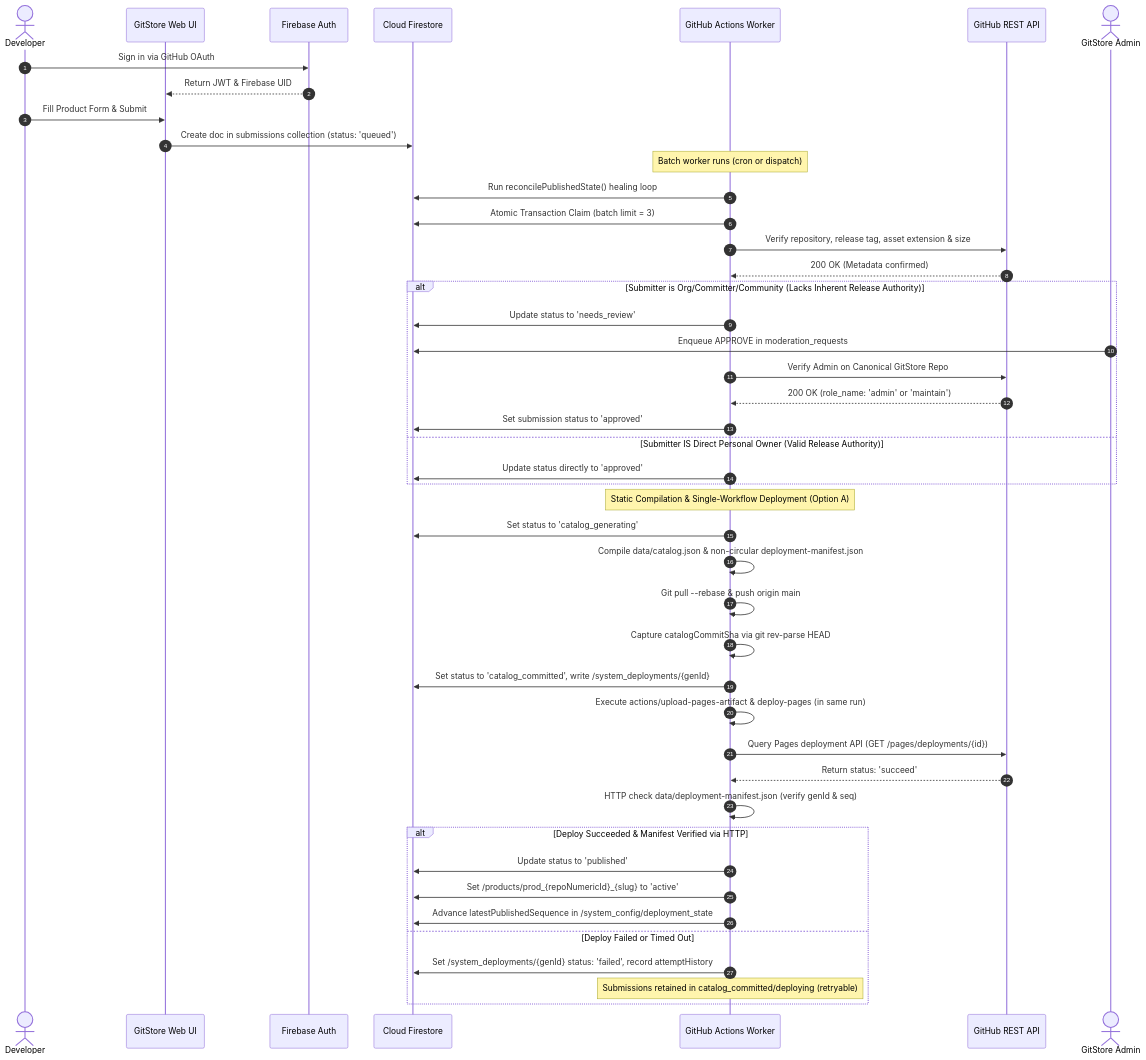
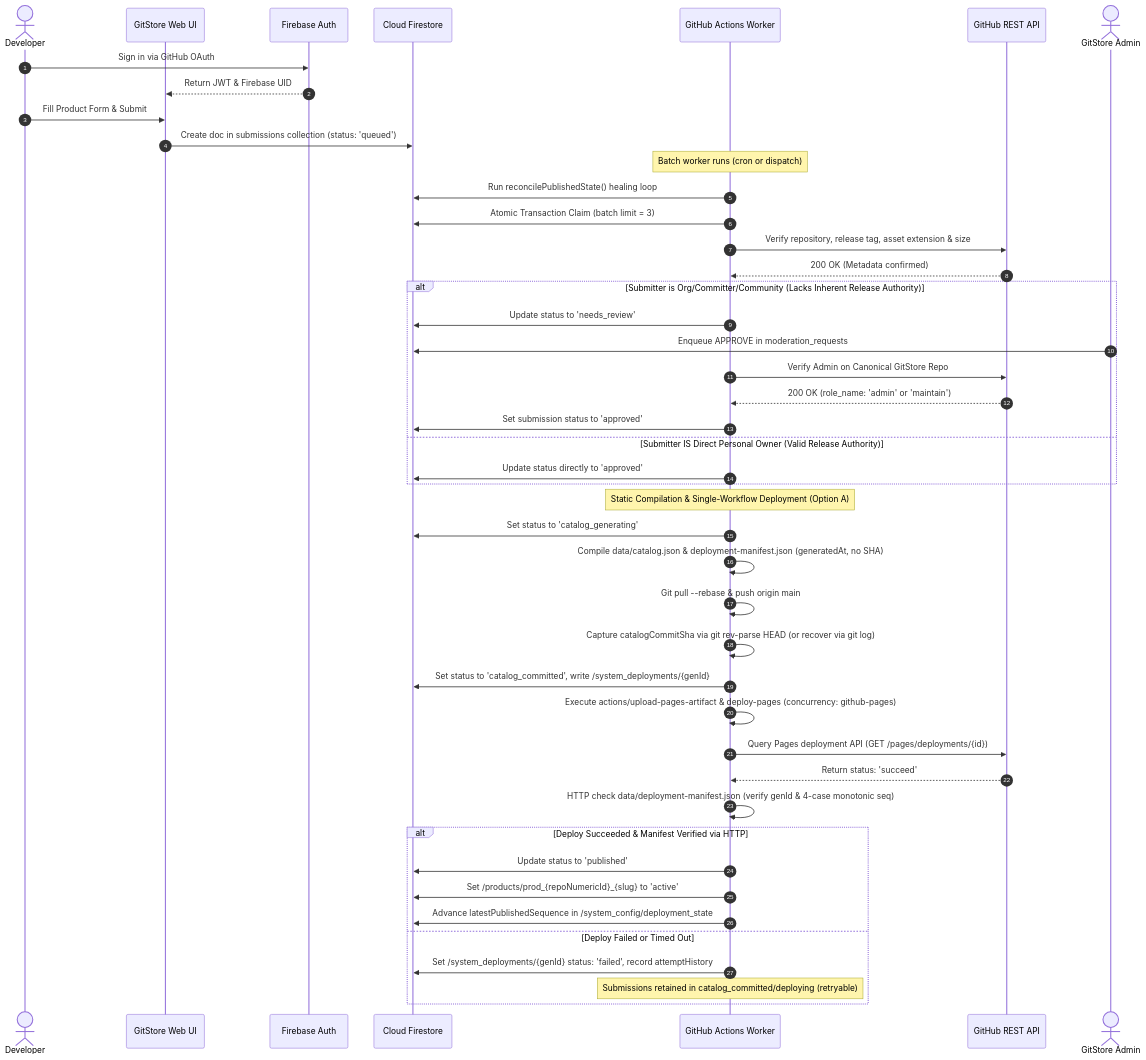
The second of 4 diagrams in docs/SDD.md (Rohitpvt/GitStore), drawn with Mermaid before and after one commit. The commit also changed other lines of this file and 13 other files, not shown here.

````diff
--- a/docs/SDD.md
+++ b/docs/SDD.md
@@ -136,48 +136,48 @@
 ```mermaid
 sequenceDiagram
     autonumber
     actor Dev as Developer
     participant Client as GitStore Web UI
     participant Auth as Firebase Auth
     participant DB as Cloud Firestore
     participant Worker as GitHub Actions Worker
     participant GHAPI as GitHub REST API
     actor Admin as GitStore Admin
 
     Dev->>Auth: Sign in via GitHub OAuth
     Auth-->>Client: Return JWT & Firebase UID
     Dev->>Client: Fill Product Form & Submit
     Client->>DB: Create doc in submissions collection (status: 'queued')
     Note over Worker: Batch worker runs (cron or dispatch)
     Worker->>DB: Run reconcilePublishedState() healing loop
     Worker->>DB: Atomic Transaction Claim (batch limit = 3)
     Worker->>GHAPI: Verify repository, release tag, asset extension & size
     GHAPI-->>Worker: 200 OK (Metadata confirmed)
     alt Submitter is Org/Committer/Community (Lacks Inherent Release Authority)
         Worker->>DB: Update status to 'needs_review'
         Admin->>DB: Enqueue APPROVE in moderation_requests
         Worker->>GHAPI: Verify Admin on Canonical GitStore Repo
         GHAPI-->>Worker: 200 OK (role_name: 'admin' or 'maintain')
         Worker->>DB: Set submission status to 'approved'
     else Submitter IS Direct Personal Owner (Valid Release Authority)
         Worker->>DB: Update status directly to 'approved'
     end
     Note over Worker: Static Compilation & Single-Workflow Deployment (Option A)
     Worker->>DB: Set status to 'catalog_generating'
-    Worker->>Worker: Compile data/catalog.json & non-circular deployment-manifest.json
+    Worker->>Worker: Compile data/catalog.json & deployment-manifest.json (generatedAt, no SHA)
     Worker->>Worker: Git pull --rebase & push origin main
-    Worker->>Worker: Capture catalogCommitSha via git rev-parse HEAD
+    Worker->>Worker: Capture catalogCommitSha via git rev-parse HEAD (or recover via git log)
     Worker->>DB: Set status to 'catalog_committed', write /system_deployments/{genId}
-    Worker->>Worker: Execute actions/upload-pages-artifact & deploy-pages (in same run)
+    Worker->>Worker: Execute actions/upload-pages-artifact & deploy-pages (concurrency: github-pages)
     Worker->>GHAPI: Query Pages deployment API (GET /pages/deployments/{id})
     GHAPI-->>Worker: Return status: 'succeed'
-    Worker->>Worker: HTTP check data/deployment-manifest.json (verify genId & seq)
+    Worker->>Worker: HTTP check data/deployment-manifest.json (verify genId & 4-case monotonic seq)
     alt Deploy Succeeded & Manifest Verified via HTTP
         Worker->>DB: Update status to 'published'
         Worker->>DB: Set /products/prod_{repoNumericId}_{slug} to 'active'
         Worker->>DB: Advance latestPublishedSequence in /system_config/deployment_state
     else Deploy Failed or Timed Out
         Worker->>DB: Set /system_deployments/{genId} status: 'failed', record attemptHistory
         Note over Worker: Submissions retained in catalog_committed/deploying (retryable)
     end
 ```
````
